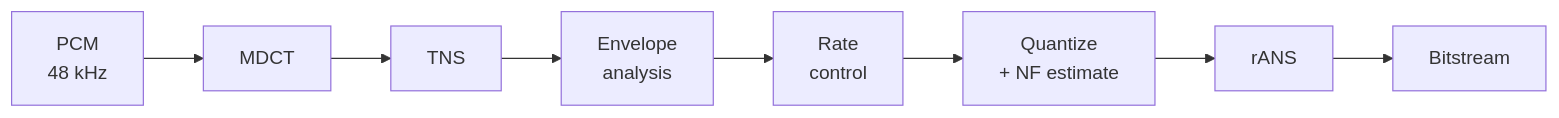
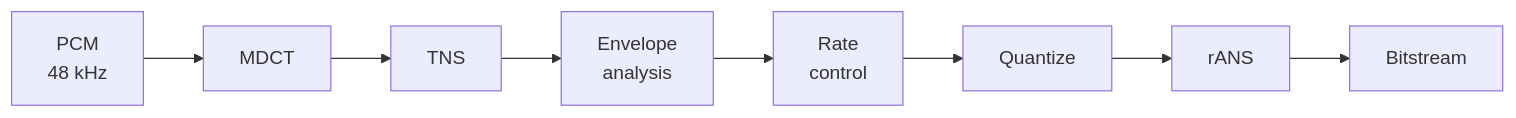
One commit to feelfreelinux/hqlc changed the diagram in HQLC_DESIGN.md. Above: the diagram before and after it, drawn with Mermaid. The commit also changed other lines of this file, not shown here.

````diff
--- a/HQLC_DESIGN.md
+++ b/HQLC_DESIGN.md
@@ -18,4 +18,4 @@
 ```mermaid
 flowchart LR
-    PCM["PCM\n48 kHz"] --> MDCT["MDCT"] --> TNS["TNS"] --> ENV["Envelope\nanalysis"] --> RC["Rate\ncontrol"] --> QUANT["Quantize\n+ NF estimate"] --> RANS["rANS"] --> BIT["Bitstream"]
+    PCM["PCM\n48 kHz"] --> MDCT["MDCT"] --> TNS["TNS"] --> ENV["Envelope\nanalysis"] --> RC["Rate\ncontrol"] --> QUANT["Quantize\n"] --> RANS["rANS"] --> BIT["Bitstream"]
 ```
````
